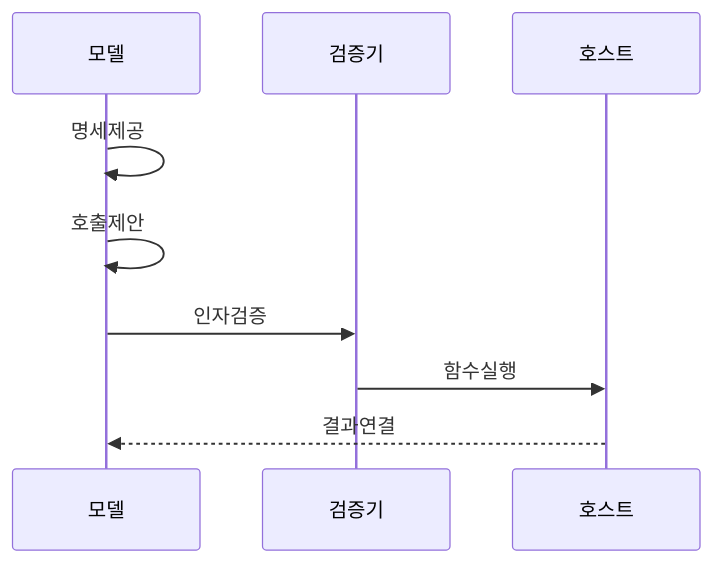
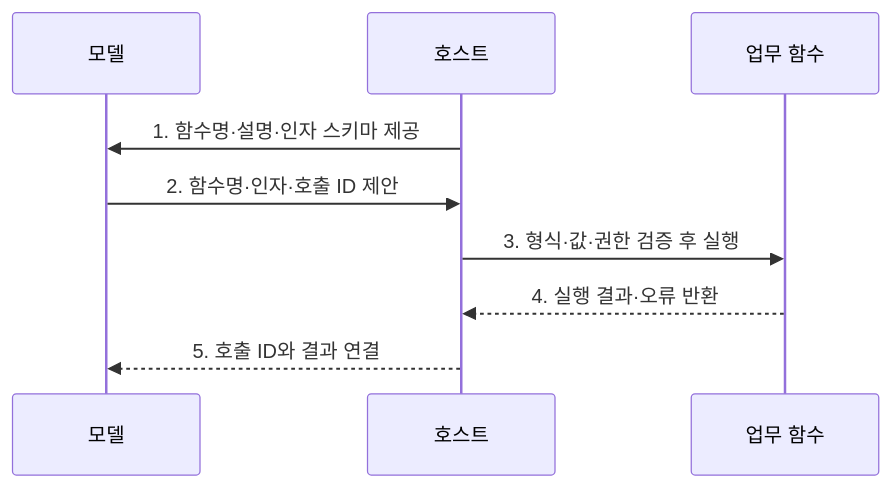
One commit to agnusdei1207/knowledge-base changed the second of 2 diagrams in src/content/docs/notes/08-latest-tech/005_function_calling.md. Above: the diagram before and after it, drawn with Mermaid. The commit also changed other lines of this file and 9 other files, not shown here.

````diff
--- a/src/content/docs/notes/08-latest-tech/005_function_calling.md
+++ b/src/content/docs/notes/08-latest-tech/005_function_calling.md
@@ -68,11 +74,11 @@
 ```mermaid
 sequenceDiagram
     participant M as 모델
-    participant V as 검증기
     participant H as 호스트
-    M->>M: 명세제공
-    M->>M: 호출제안
-    M->>V: 인자검증
-    V->>H: 함수실행
-    H-->>M: 결과연결
+    participant F as 업무 함수
+    H->>M: 1. 함수명·설명·인자 스키마 제공
+    M->>H: 2. 함수명·인자·호출 ID 제안
+    H->>F: 3. 형식·값·권한 검증 후 실행
+    F-->>H: 4. 실행 결과·오류 반환
+    H-->>M: 5. 호출 ID와 결과 연결
 ```
````
